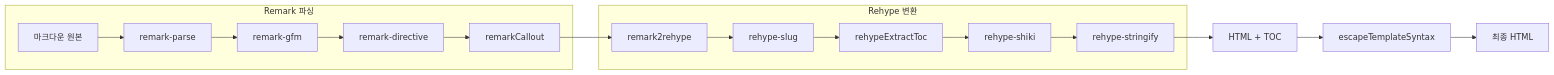
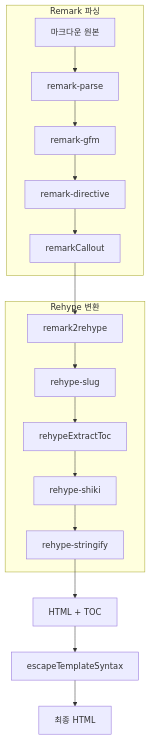
The fourth of 5 diagrams in blogs/2025-11-24/2025-11-24-new-blog.md (arch-spatula/arch-spatula.github.io), drawn with Mermaid before and after one commit. The commit also changed 1 other file, not shown here.

Commit message:
edit: 이런저런 편집 #357

````diff
--- a/blogs/2025-11-24/2025-11-24-new-blog.md
+++ b/blogs/2025-11-24/2025-11-24-new-blog.md
@@ -120,21 +120,21 @@
 ```mermaid
-flowchart LR
+flowchart TB
     subgraph Remark["Remark 파싱"]
         A[마크다운 원본] --> B[remark-parse]
         B --> C[remark-gfm]
         C --> D[remark-directive]
         D --> E[remarkCallout]
     end
 
     subgraph Rehype["Rehype 변환"]
         E --> F[remark2rehype]
         F --> G[rehype-slug]
         G --> H[rehypeExtractToc]
         H --> I[rehype-shiki]
         I --> J[rehype-stringify]
     end
 
     J --> K[HTML + TOC]
     K --> L[escapeTemplateSyntax]
     L --> M[최종 HTML]
 ```
````
